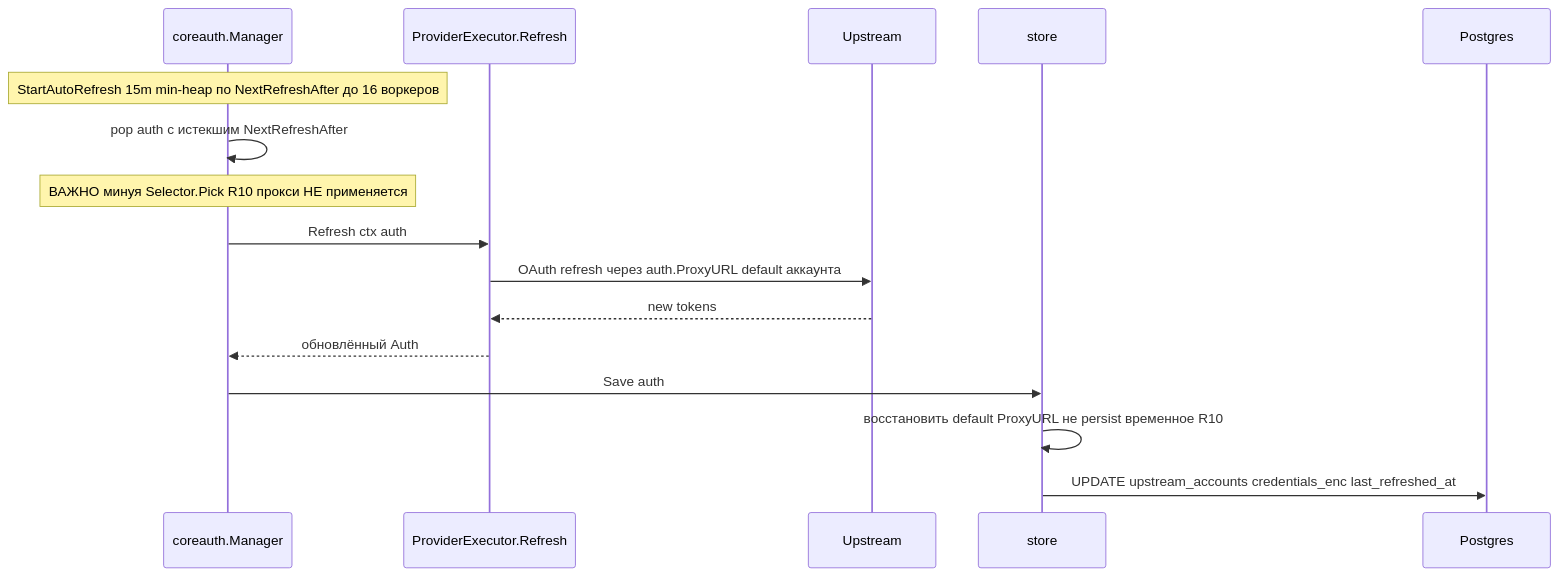
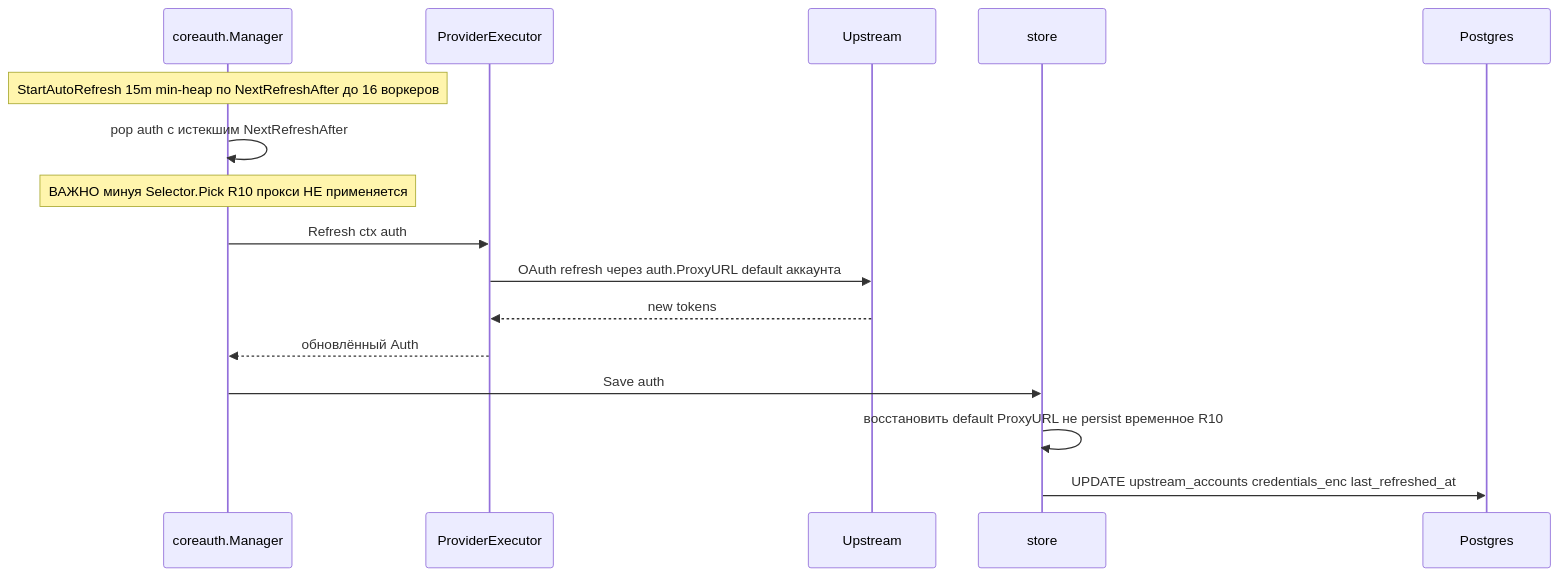
One commit to ilyast91/CLIProxyNew changed the fifth of 7 diagrams in docs/architecture.md. Above: the diagram before and after it, drawn with Mermaid. The commit also changed other lines of this file and 2 other files, not shown here.

First line of the commit message:
docs: актуализация всех mermaid-диаграмм

````diff
--- a/docs/architecture.md
+++ b/docs/architecture.md
@@ -192,19 +201,19 @@
 ```mermaid
 sequenceDiagram
     participant Core as coreauth.Manager
-    participant Exec as ProviderExecutor.Refresh
+    participant Exec as ProviderExecutor
     participant Up as Upstream
     participant Store as store
     participant DB as Postgres
 
     Note over Core: StartAutoRefresh 15m min-heap по NextRefreshAfter до 16 воркеров
     Core->>Core: pop auth с истекшим NextRefreshAfter
     Note over Core: ВАЖНО минуя Selector.Pick R10 прокси НЕ применяется
     Core->>Exec: Refresh ctx auth
     Exec->>Up: OAuth refresh через auth.ProxyURL default аккаунта
     Up-->>Exec: new tokens
     Exec-->>Core: обновлённый Auth
     Core->>Store: Save auth
     Store->>Store: восстановить default ProxyURL не persist временное R10
     Store->>DB: UPDATE upstream_accounts credentials_enc last_refreshed_at
 ```
````
